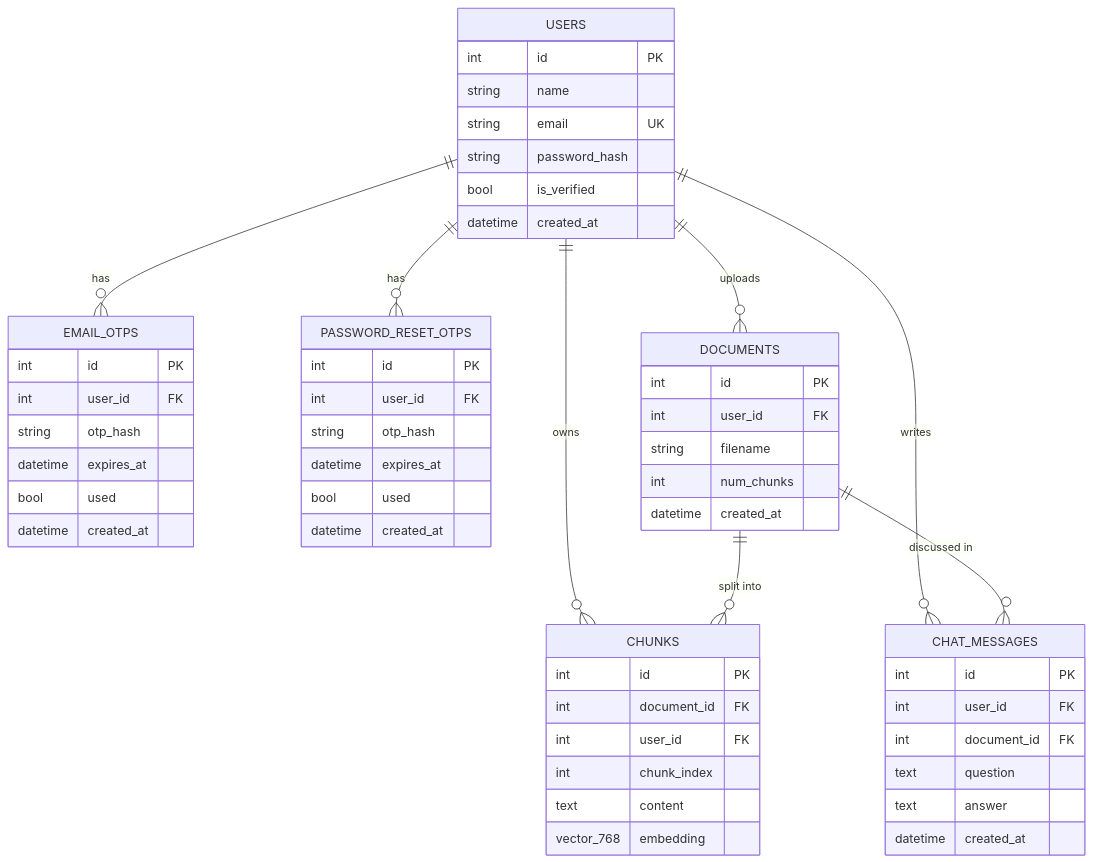
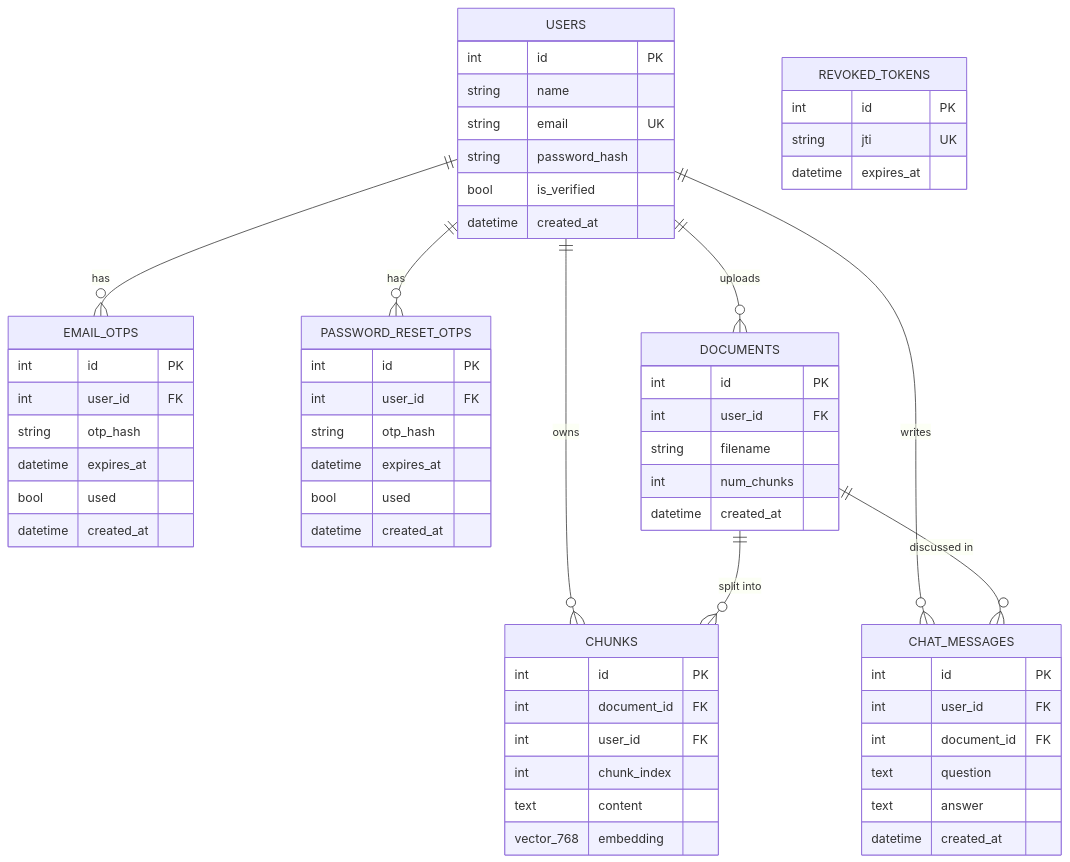
One commit to khansamumtaz/pdf-chat changed the diagram in docs/schema.md. Above: the diagram before and after it, drawn with Mermaid. The commit also changed other lines of this file and 21 other files, not shown here.

````diff
--- a/docs/schema.md
+++ b/docs/schema.md
@@ -5,58 +5,63 @@
 ```mermaid
 erDiagram
     USERS ||--o{ EMAIL_OTPS : has
     USERS ||--o{ PASSWORD_RESET_OTPS : has
     USERS ||--o{ DOCUMENTS : uploads
     USERS ||--o{ CHUNKS : owns
     USERS ||--o{ CHAT_MESSAGES : writes
     DOCUMENTS ||--o{ CHUNKS : "split into"
     DOCUMENTS ||--o{ CHAT_MESSAGES : "discussed in"
 
     USERS {
         int id PK
         string name
         string email UK
         string password_hash
         bool is_verified
         datetime created_at
     }
     EMAIL_OTPS {
         int id PK
         int user_id FK
         string otp_hash
         datetime expires_at
         bool used
         datetime created_at
     }
     PASSWORD_RESET_OTPS {
         int id PK
         int user_id FK
         string otp_hash
         datetime expires_at
         bool used
         datetime created_at
     }
     DOCUMENTS {
         int id PK
         int user_id FK
         string filename
         int num_chunks
         datetime created_at
     }
     CHUNKS {
         int id PK
         int document_id FK
         int user_id FK
         int chunk_index
         text content
         vector_768 embedding
     }
     CHAT_MESSAGES {
         int id PK
         int user_id FK
         int document_id FK
         text question
         text answer
         datetime created_at
     }
+    REVOKED_TOKENS {
+        int id PK
+        string jti UK
+        datetime expires_at
+    }
 ```
````
